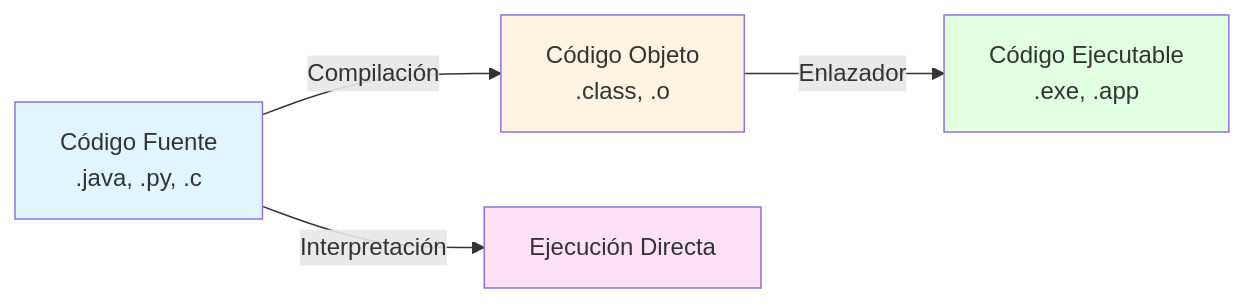
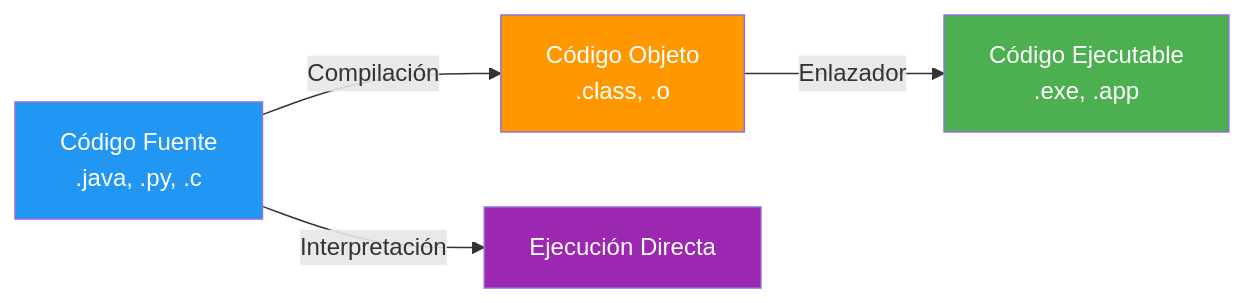
One commit to joseluisgs/EntornosDesarrollo-01-2026-2027 changed the fourth of 5 diagrams in 06-proceso-traduccion.md. Above: the diagram before and after it, drawn with Mermaid. The commit also changed other lines of this file and 9 other files, not shown here.

Commit message:
[fix] Mejoras didácticas y corrección de colores Mermaid en UD01

````diff
--- a/06-proceso-traduccion.md
+++ b/06-proceso-traduccion.md
@@ -268,12 +268,12 @@
 ```mermaid
 graph LR
     A[Código Fuente<br/>.java, .py, .c] -->|Compilación| B[Código Objeto<br/>.class, .o]
     B -->|Enlazador| C[Código Ejecutable<br/>.exe, .app]
 
     A -->|Interpretación| D[Ejecución Directa]
 
-    style A fill:#e1f5ff
-    style B fill:#fff4e1
-    style C fill:#e1ffe1
-    style D fill:#ffe1f5
+    style A fill:#2196F3,color:#fff
+    style B fill:#FF9800,color:#fff
+    style C fill:#4CAF50,color:#fff
+    style D fill:#9C27B0,color:#fff
 ```
````
